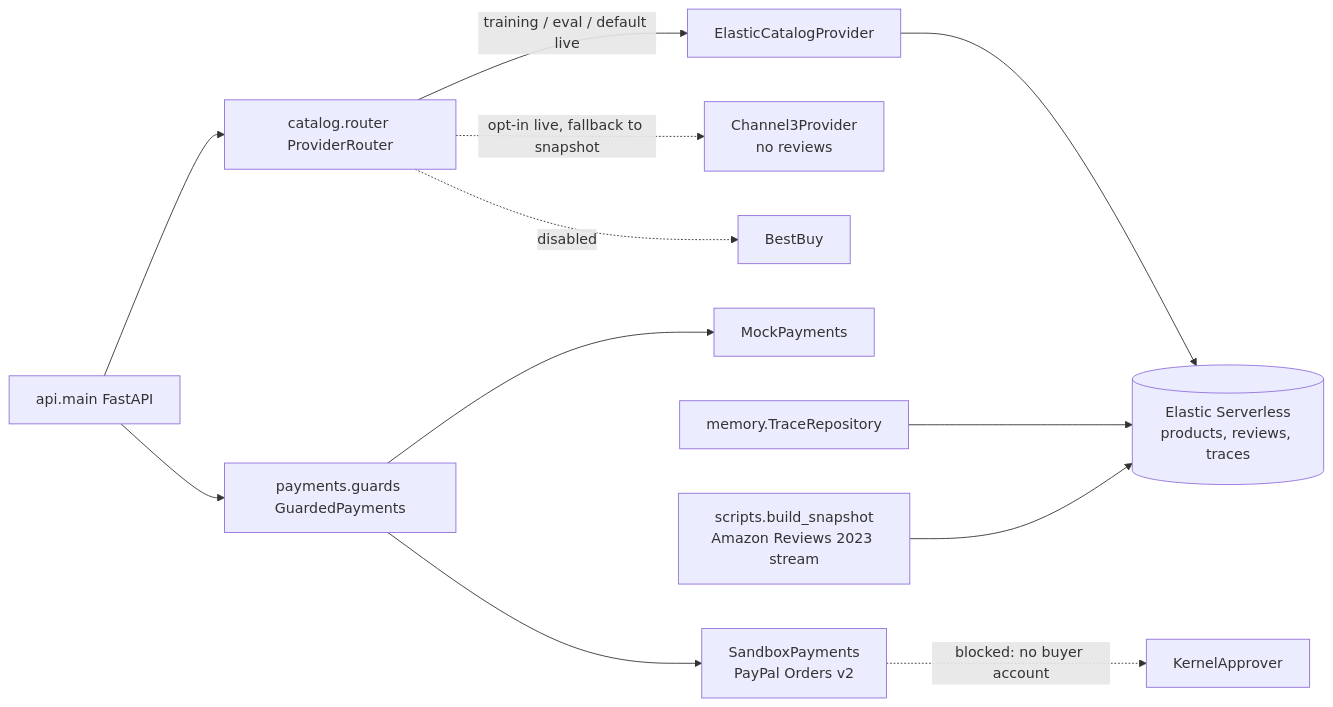
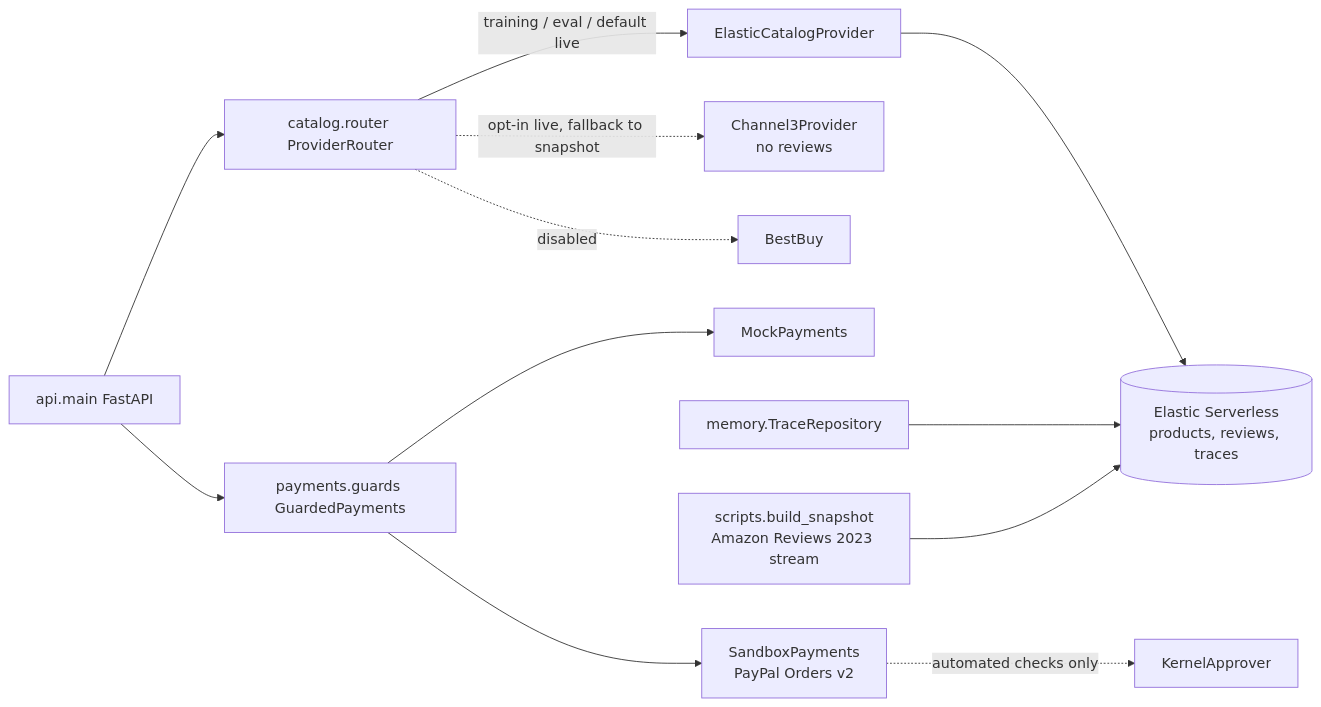
One commit to Back-Nit1/crucible changed the ninth of 10 diagrams in docs/ARCHITECTURE.md. Above: the diagram before and after it, drawn with Mermaid. The commit also changed other lines of this file and 11 other files, not shown here.

Commit message:
docs(arch): fix unparseable Mermaid labels, accurate checkout flow; export all diagrams to SVG (mermaid-cli 11.4.2)

````diff
--- a/docs/ARCHITECTURE.md
+++ b/docs/ARCHITECTURE.md
@@ -197,14 +201,14 @@
 ```mermaid
 flowchart LR
   api[api.main FastAPI] --> router[catalog.router ProviderRouter]
   api --> guards[payments.guards GuardedPayments]
   router -->|training / eval / default live| es[ElasticCatalogProvider]
   router -.->|opt-in live, fallback to snapshot| c3[Channel3Provider<br/>no reviews]
   router -. disabled .-> bb[BestBuy]
   es --> elastic[(Elastic Serverless<br/>products, reviews, traces)]
   guards --> mock[MockPayments]
   guards --> sbx[SandboxPayments<br/>PayPal Orders v2]
-  sbx -.blocked: no buyer account.-> kern[KernelApprover]
+  sbx -.automated checks only.-> kern[KernelApprover]
   mem[memory.TraceRepository] --> elastic
   snap[scripts.build_snapshot<br/>Amazon Reviews 2023 stream] --> elastic
 ```
````
